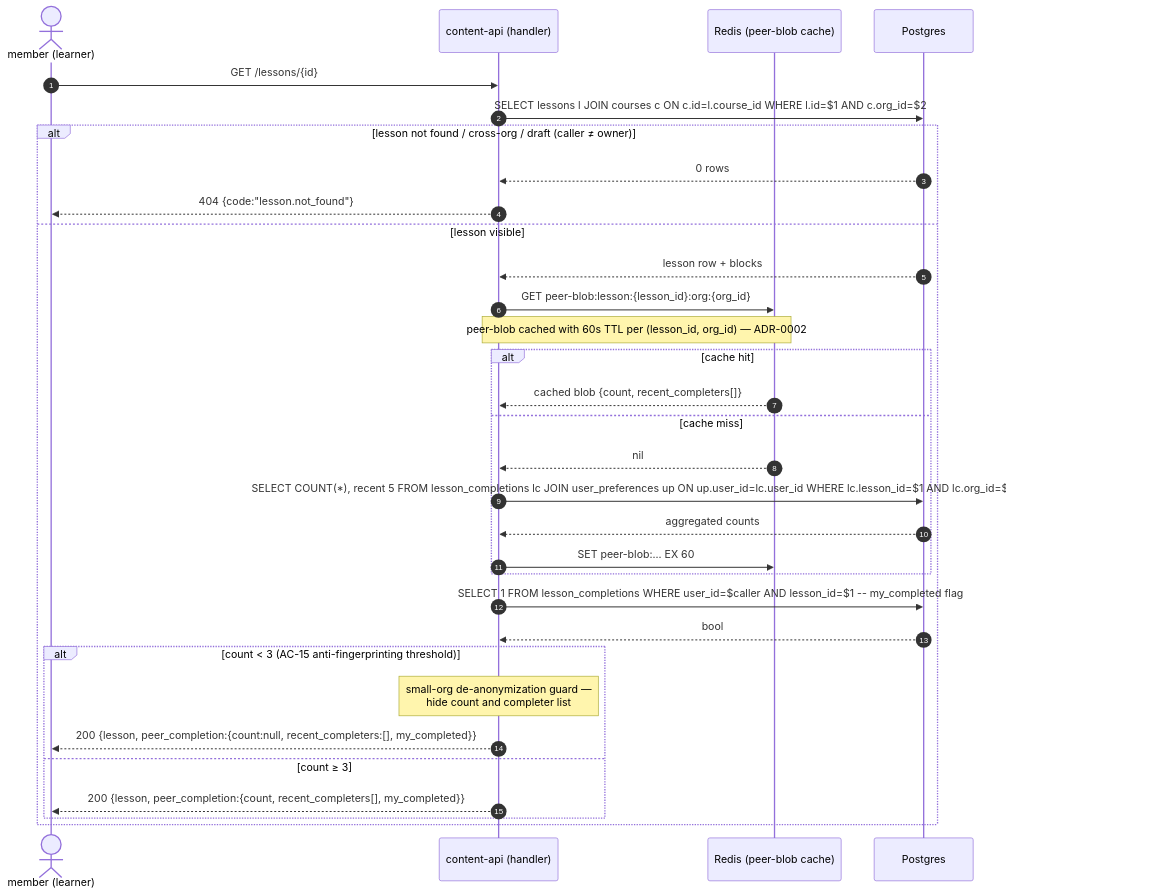
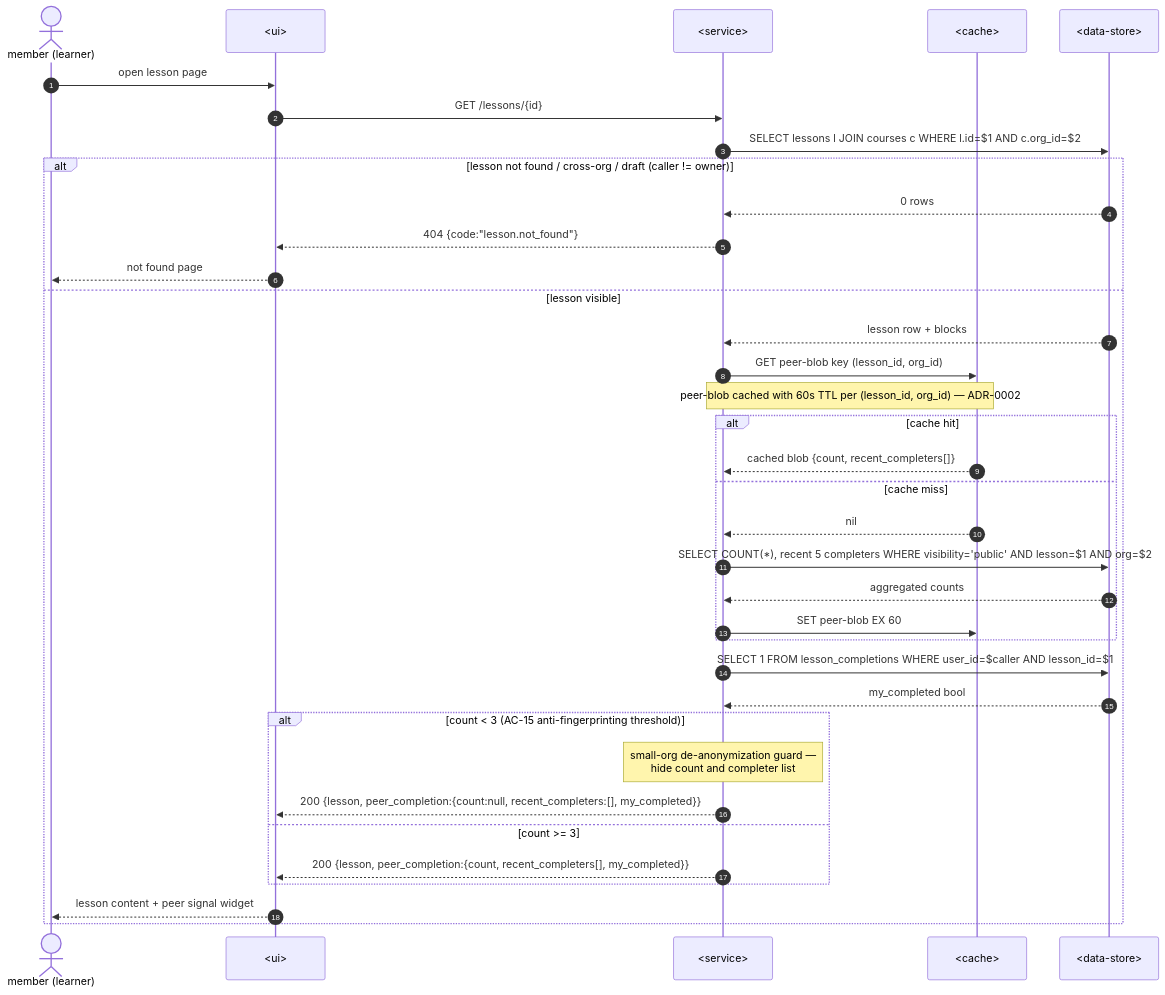
The tenth of 13 diagrams in modules/6-sdlc/sdlc/examples/course-lesson-mvp/sad.md (genkovich/agentic-engineering-course-public), drawn with Mermaid before and after one commit. The commit also changed other lines of this file and 139 other files, not shown here.

First line of the commit message:
sdlc: синк плагіна до v4.5.1 (21 skill, agents, map-architecture)

````diff
--- a/modules/6-sdlc/sdlc/examples/course-lesson-mvp/sad.md
+++ b/modules/6-sdlc/sdlc/examples/course-lesson-mvp/sad.md
@@ -404,35 +452,39 @@
 ```mermaid
 sequenceDiagram
     autonumber
     actor LRN as member (learner)
-    participant API as content-api (handler)
-    participant RDS as Redis (peer-blob cache)
-    participant DB as Postgres
+    participant UI as <ui>
+    participant SVC as <service>
+    participant CACHE as <cache>
+    participant DS as <data-store>
 
-    LRN->>API: GET /lessons/{id}
-    API->>DB: SELECT lessons l JOIN courses c ON c.id=l.course_id WHERE l.id=$1 AND c.org_id=$2
-    alt lesson not found / cross-org / draft (caller ≠ owner)
-        DB-->>API: 0 rows
-        API-->>LRN: 404 {code:"lesson.not_found"}
+    LRN->>UI: open lesson page
+    UI->>SVC: GET /lessons/{id}
+    SVC->>DS: SELECT lessons l JOIN courses c WHERE l.id=$1 AND c.org_id=$2
+    alt lesson not found / cross-org / draft (caller != owner)
+        DS-->>SVC: 0 rows
+        SVC-->>UI: 404 {code:"lesson.not_found"}
+        UI-->>LRN: not found page
     else lesson visible
-        DB-->>API: lesson row + blocks
-        API->>RDS: GET peer-blob:lesson:{lesson_id}:org:{org_id}
-        Note over API, RDS: peer-blob cached with 60s TTL per (lesson_id, org_id) — ADR-0002
+        DS-->>SVC: lesson row + blocks
+        SVC->>CACHE: GET peer-blob key (lesson_id, org_id)
+        Note over SVC, CACHE: peer-blob cached with 60s TTL per (lesson_id, org_id) — ADR-0002
         alt cache hit
-            RDS-->>API: cached blob {count, recent_completers[]}
+            CACHE-->>SVC: cached blob {count, recent_completers[]}
         else cache miss
-            RDS-->>API: nil
-            API->>DB: SELECT COUNT(*), recent 5 FROM lesson_completions lc JOIN user_preferences up ON up.user_id=lc.user_id WHERE lc.lesson_id=$1 AND lc.org_id=$2 AND up.peer_visibility='public'
-            DB-->>API: aggregated counts
-            API->>RDS: SET peer-blob:... EX 60
+            CACHE-->>SVC: nil
+            SVC->>DS: SELECT COUNT(*), recent 5 completers WHERE visibility='public' AND lesson=$1 AND org=$2
+            DS-->>SVC: aggregated counts
+            SVC->>CACHE: SET peer-blob EX 60
         end
-        API->>DB: SELECT 1 FROM lesson_completions WHERE user_id=$caller AND lesson_id=$1 -- my_completed flag
-        DB-->>API: bool
+        SVC->>DS: SELECT 1 FROM lesson_completions WHERE user_id=$caller AND lesson_id=$1
+        DS-->>SVC: my_completed bool
         alt count < 3 (AC-15 anti-fingerprinting threshold)
-            Note over API: small-org de-anonymization guard —<br/>hide count and completer list
-            API-->>LRN: 200 {lesson, peer_completion:{count:null, recent_completers:[], my_completed}}
-        else count ≥ 3
-            API-->>LRN: 200 {lesson, peer_completion:{count, recent_completers[], my_completed}}
+            Note over SVC: small-org de-anonymization guard —<br/>hide count and completer list
+            SVC-->>UI: 200 {lesson, peer_completion:{count:null, recent_completers:[], my_completed}}
+        else count >= 3
+            SVC-->>UI: 200 {lesson, peer_completion:{count, recent_completers[], my_completed}}
         end
+        UI-->>LRN: lesson content + peer signal widget
     end
 ```
````
